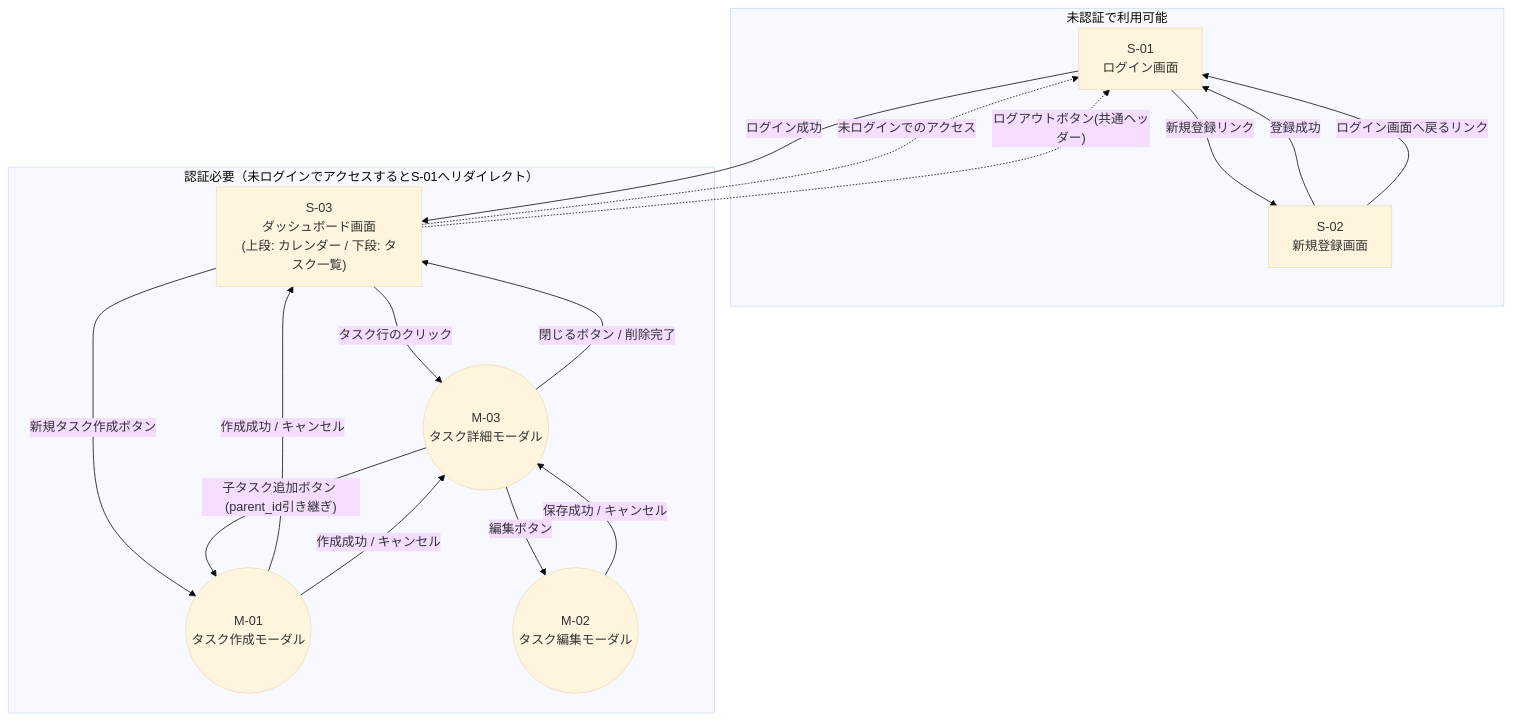
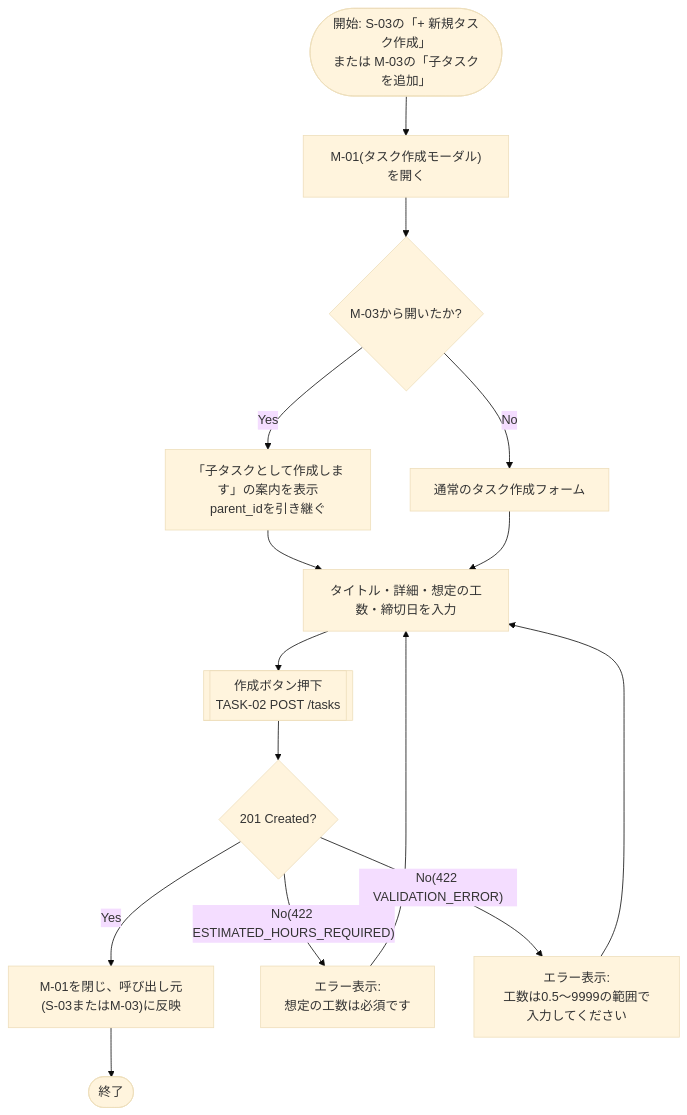
The third of 6 diagrams in docs/SCREEN_FLOW.md (soshimatsumae/devops-camp), drawn with Mermaid (base theme) before and after one commit. The commit also changed other lines of this file and 11 other files, not shown here.

````diff
--- a/docs/SCREEN_FLOW.md
+++ b/docs/SCREEN_FLOW.md
@@ -5,35 +52,17 @@
 ```mermaid
 flowchart TD
-    subgraph unauth["未認証で利用可能"]
-        S01["S-01<br/>ログイン画面"]
-        S02["S-02<br/>新規登録画面"]
-    end
-
-    subgraph auth["認証必要（未ログインでアクセスするとS-01へリダイレクト）"]
-        S03["S-03<br/>ダッシュボード画面<br/>(上段: カレンダー / 下段: タスク一覧)"]
-        M01(("M-01<br/>タスク作成モーダル"))
-        M02(("M-02<br/>タスク編集モーダル"))
-        M03(("M-03<br/>タスク詳細モーダル"))
-    end
-
-    S01 -- "ログイン成功" --> S03
-    S01 -- "新規登録リンク" --> S02
-    S02 -- "登録成功" --> S01
-    S02 -- "ログイン画面へ戻るリンク" --> S01
-
-    S03 -- "タスク行のクリック" --> M03
-    M03 -- "閉じるボタン / 削除完了" --> S03
-
-    S03 -- "新規タスク作成ボタン" --> M01
-    M01 -- "作成成功 / キャンセル" --> S03
-
-    M03 -- "子タスク追加ボタン (parent_id引き継ぎ)" --> M01
-    M01 -- "作成成功 / キャンセル" --> M03
-
-    M03 -- "編集ボタン" --> M02
-    M02 -- "保存成功 / キャンセル" --> M03
-
-    S03 -.-> |"未ログインでのアクセス"| S01
-
-    S03 -. "ログアウトボタン(共通ヘッダー)" .-> S01
+    start(["開始: S-03の「+ 新規タスク作成」<br/>または M-03の「子タスクを追加」"]) --> open["M-01(タスク作成モーダル)を開く"]
+    open --> fromChild{"M-03から開いたか?"}
+    fromChild -- Yes --> hint["「子タスクとして作成します」の案内を表示<br/>parent_idを引き継ぐ"]
+    fromChild -- No --> normal["通常のタスク作成フォーム"]
+    hint --> input["タイトル・詳細・想定の工数・締切日を入力"]
+    normal --> input
+    input --> submit[["作成ボタン押下<br/>TASK-02 POST /tasks"]]
+    submit --> ok{"201 Created?"}
+    ok -- Yes --> close["M-01を閉じ、呼び出し元(S-03またはM-03)に反映"]
+    close --> fin(["終了"])
+    ok -- "No(422 ESTIMATED_HOURS_REQUIRED)" --> err1["エラー表示:<br/>想定の工数は必須です"]
+    ok -- "No(422 VALIDATION_ERROR)" --> err2["エラー表示:<br/>工数は0.5〜9999の範囲で入力してください"]
+    err1 --> input
+    err2 --> input
 ```
````
